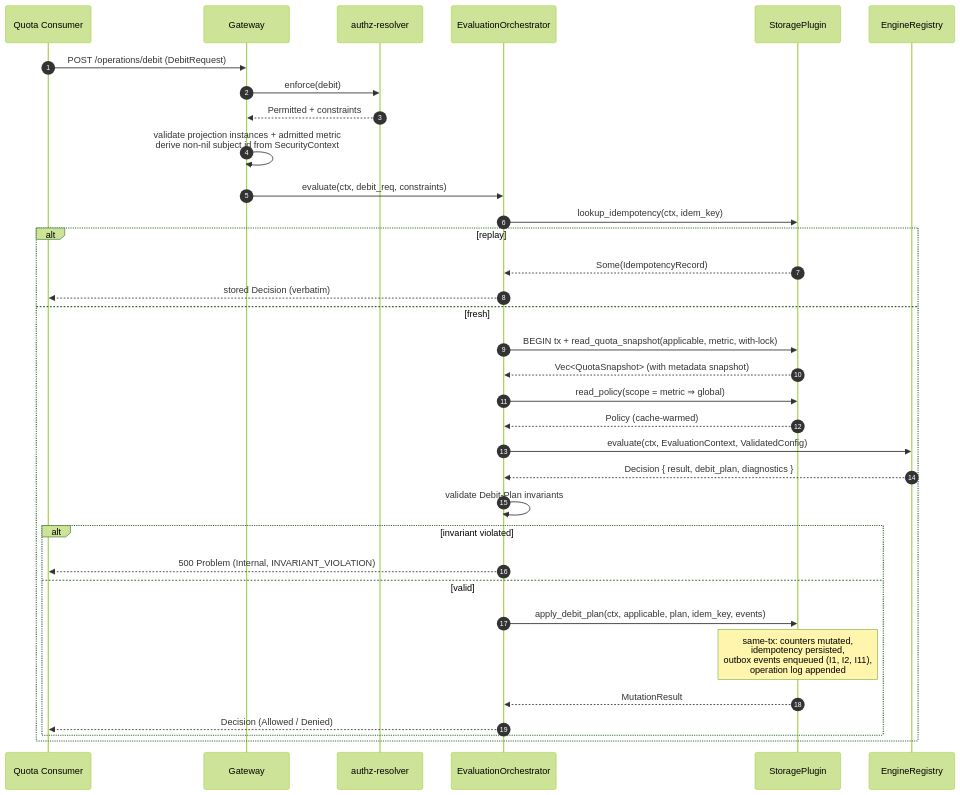
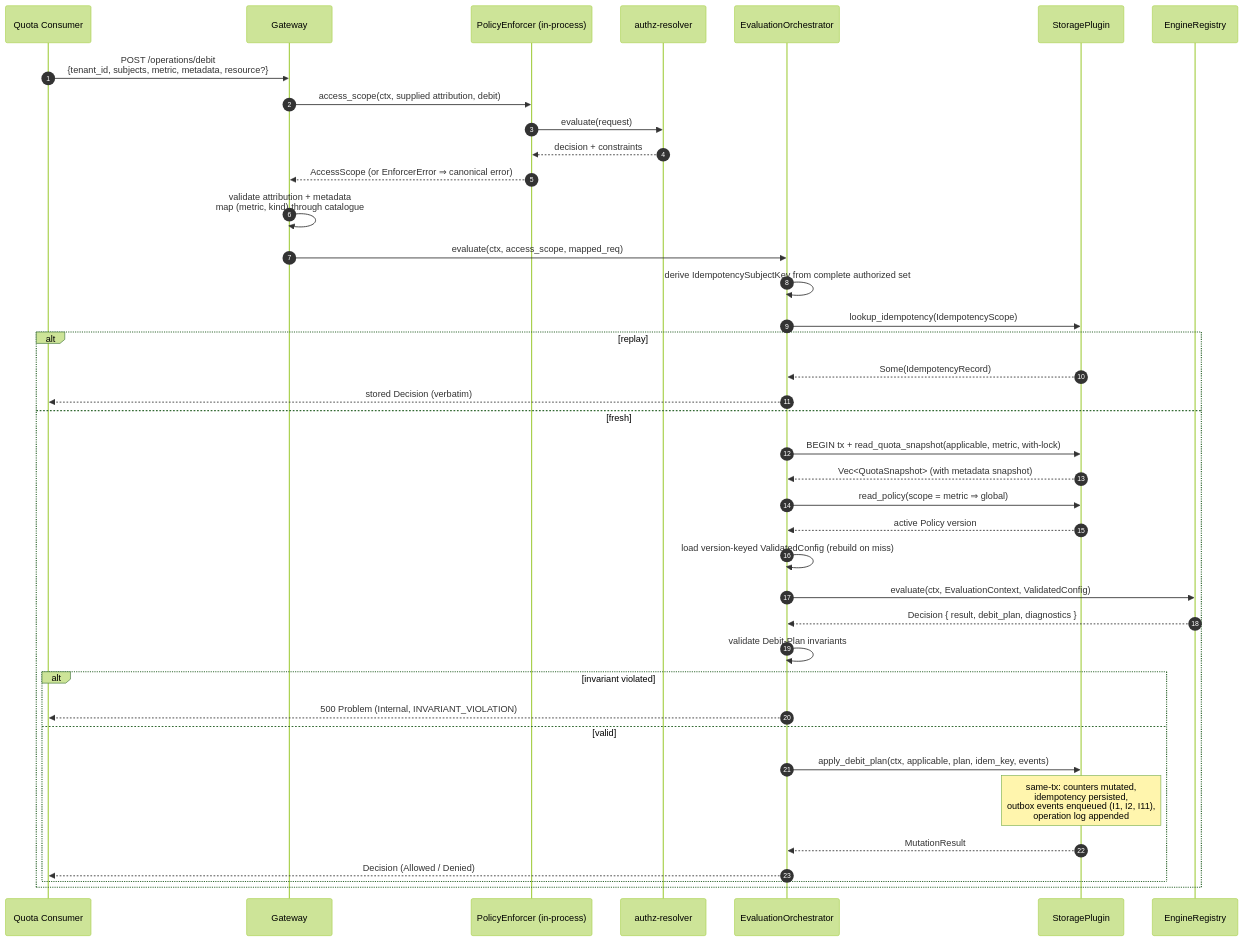
Before and after one commit to constructorfabric/gears-rust: the fourth of 17 diagrams in gears/system/quota-enforcement/docs/DESIGN.md, drawn with Mermaid (forest theme). The commit also changed other lines of this file and 29 other files, not shown here.

First line of the commit message:
docs(quota-enforcement): feature docs, S2S attribution model, and contract schemas

````diff
--- a/gears/system/quota-enforcement/docs/DESIGN.md
+++ b/gears/system/quota-enforcement/docs/DESIGN.md
@@ -1406,37 +1433,42 @@
 ```mermaid
 sequenceDiagram
     autonumber
     participant Caller as Quota Consumer
     participant GW as Gateway
+    participant PEP as PolicyEnforcer (in-process)
     participant PDP as authz-resolver
     participant EO as EvaluationOrchestrator
     participant SP as StoragePlugin
     participant ER as EngineRegistry
 
-    Caller ->> GW: POST /operations/debit (DebitRequest)
-    GW ->> PDP: enforce(debit)
-    PDP -->> GW: Permitted + constraints
-    GW ->> GW: validate projection instances + admitted metric<br/>derive non-nil subject id from SecurityContext
-    GW ->> EO: evaluate(ctx, debit_req, constraints)
-    EO ->> SP: lookup_idempotency(ctx, idem_key)
+    Caller ->> GW: POST /operations/debit<br/>{tenant_id, subjects, metric, metadata, resource?}
+    GW ->> PEP: access_scope(ctx, supplied attribution, debit)
+    PEP ->> PDP: evaluate(request)
+    PDP -->> PEP: decision + constraints
+    PEP -->> GW: AccessScope (or EnforcerError ⇒ canonical error)
+    GW ->> GW: validate attribution + metadata<br/>map (metric, kind) through catalogue
+    GW ->> EO: evaluate(ctx, access_scope, mapped_req)
+    EO ->> EO: derive IdempotencySubjectKey from complete authorized set
+    EO ->> SP: lookup_idempotency(IdempotencyScope)
     alt replay
         SP -->> EO: Some(IdempotencyRecord)
         EO -->> Caller: stored Decision (verbatim)
     else fresh
         EO ->> SP: BEGIN tx + read_quota_snapshot(applicable, metric, with-lock)
         SP -->> EO: Vec<QuotaSnapshot> (with metadata snapshot)
         EO ->> SP: read_policy(scope = metric ⇒ global)
-        SP -->> EO: Policy (cache-warmed)
+        SP -->> EO: active Policy version
+        EO ->> EO: load version-keyed ValidatedConfig (rebuild on miss)
         EO ->> ER: evaluate(ctx, EvaluationContext, ValidatedConfig)
         ER -->> EO: Decision { result, debit_plan, diagnostics }
         EO ->> EO: validate Debit-Plan invariants
         alt invariant violated
             EO -->> Caller: 500 Problem (Internal, INVARIANT_VIOLATION)
         else valid
             EO ->> SP: apply_debit_plan(ctx, applicable, plan, idem_key, events)
             Note over SP: same-tx: counters mutated,<br/>idempotency persisted,<br/>outbox events enqueued (I1, I2, I11),<br/>operation log appended
             SP -->> EO: MutationResult
             EO -->> Caller: Decision (Allowed / Denied)
         end
     end
 ```
````
